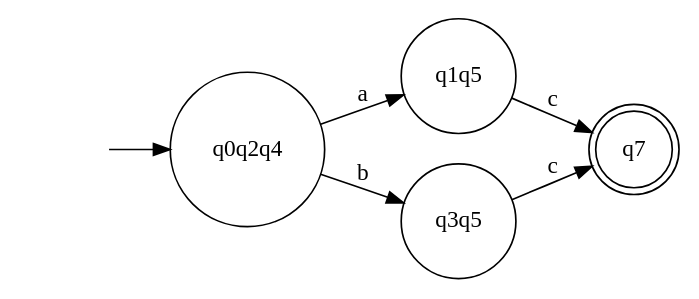
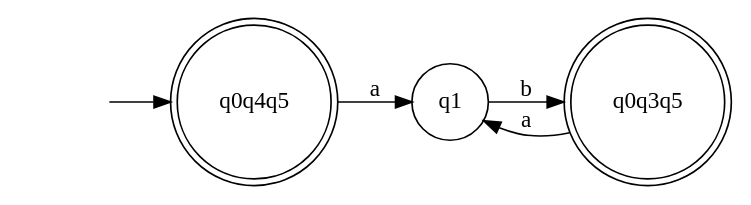
Before and after one commit to Logic-1729/CS2205-Lexer: the diagram in dfa_graph.dot, drawn with Graphviz. The commit also changed 9 other files, not shown here.

```diff
--- a/dfa_graph.dot
+++ b/dfa_graph.dot
@@ -1,12 +1,12 @@
 digraph DFA {
   rankdir=LR;
   node [shape=circle];
-  q7 [shape=doublecircle];
+  q0q4q5 [shape=doublecircle];
+  q0q3q5 [shape=doublecircle];
   __start0 [shape=none, label=""];
-  __start0 -> q0q2q4;
+  __start0 -> q0q4q5;
 
-  q0q2q4 -> q1q5 [label="a"];
-  q0q2q4 -> q3q5 [label="b"];
-  q1q5 -> q7 [label="c"];
-  q3q5 -> q7 [label="c"];
+  q0q4q5 -> q1 [label="a"];
+  q1 -> q0q3q5 [label="b"];
+  q0q3q5 -> q1 [label="a"];
 }
```
